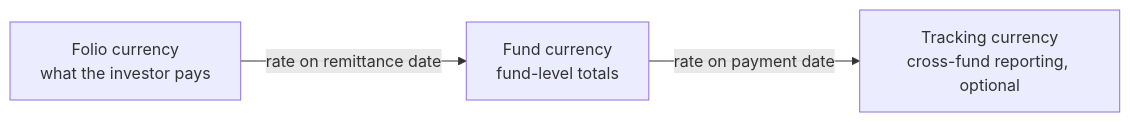
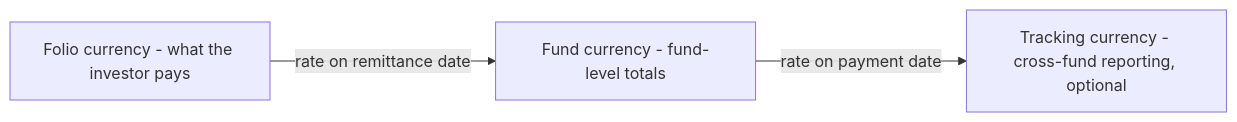
One commit to sampadadiwan/IRM_CompanyMain changed the fifth of 5 diagrams in docs/user_guides/capital_calls_user_guide.md. Above: the diagram before and after it, drawn with Mermaid. The commit also changed other lines of this file, not shown here.

````diff
--- a/docs/user_guides/capital_calls_user_guide.md
+++ b/docs/user_guides/capital_calls_user_guide.md
@@ -404,5 +404,5 @@
 ```mermaid
 flowchart LR
-    A[Folio currency<br/>what the investor pays] -->|rate on remittance date| B[Fund currency<br/>fund-level totals]
-    B -->|rate on payment date| C[Tracking currency<br/>cross-fund reporting, optional]
+    A[Folio currency - what the investor pays] -->|rate on remittance date| B[Fund currency - fund-level totals]
+    B -->|rate on payment date| C[Tracking currency - cross-fund reporting, optional]
 ```
````
